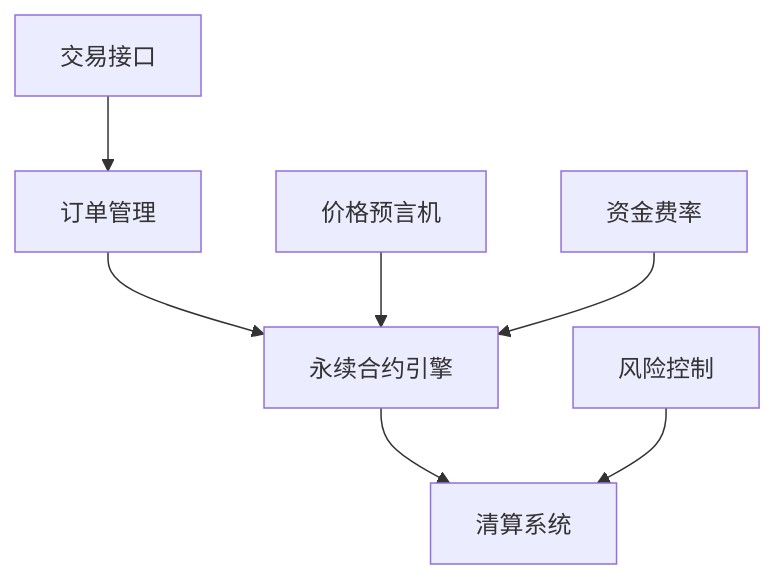
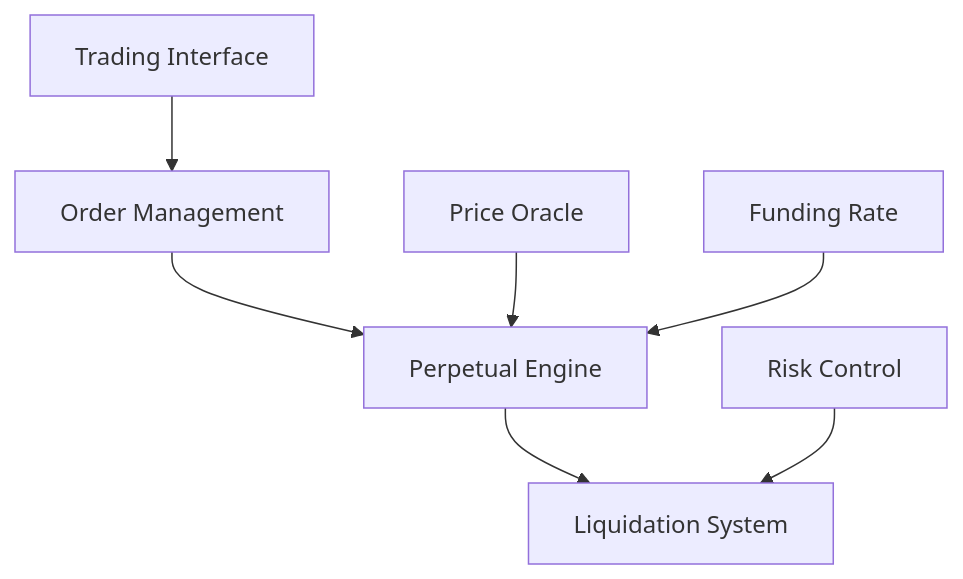
One commit to OlendDAO/TriplexDoc changed the diagram in content/zh-SG/perpsDoc/overview.mdx. Above: the diagram before and after it, drawn with Mermaid. The commit also changed other lines of this file and 30 other files, not shown here.

````diff
--- a/content/zh-SG/perpsDoc/overview.mdx
+++ b/content/zh-SG/perpsDoc/overview.mdx
@@ -35,9 +35,9 @@
 ```mermaid
 graph TD
-    A[交易接口] --> B[订单管理]
-    B --> C[永续合约引擎]
-    C --> D[清算系统]
-    E[价格预言机] --> C
-    F[风险控制] --> D
-    G[资金费率] --> C
+    A[Trading Interface] --> B[Order Management]
+    B --> C[Perpetual Engine]
+    C --> D[Liquidation System]
+    E[Price Oracle] --> C
+    F[Risk Control] --> D
+    G[Funding Rate] --> C
 ```
````
